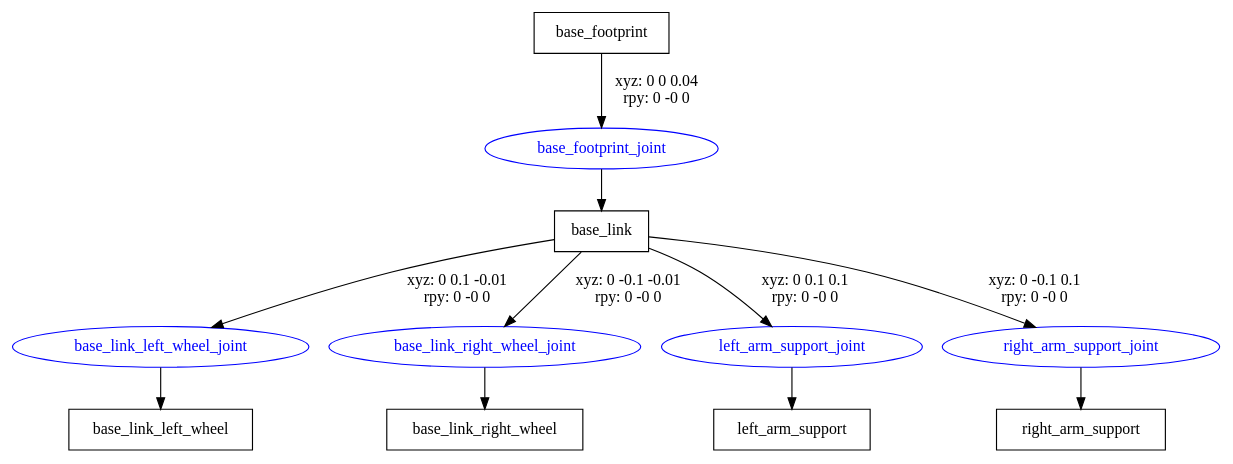
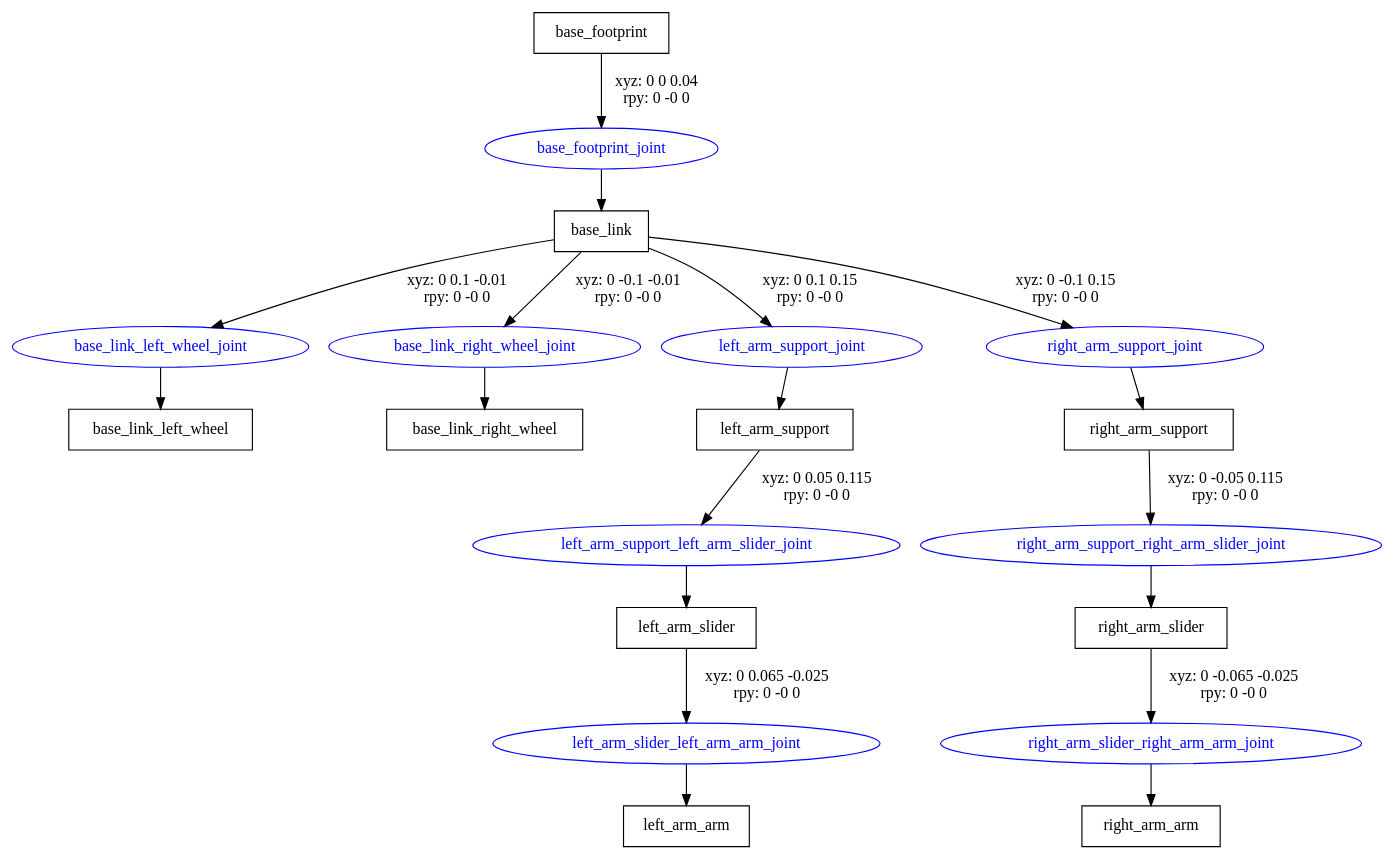
One commit to cvra/cvra_debra_ros changed the diagram in debra_description/urdf/debra.gv. Above: the diagram before and after it, drawn with Graphviz. The commit also changed 5 other files, not shown here.

Commit message:
Add arm link & shoulder joint

```diff
--- a/debra_description/urdf/debra.gv
+++ b/debra_description/urdf/debra.gv
@@ -1,20 +1,32 @@
 digraph G {
 node [shape=box];
 "base_footprint" [label="base_footprint"];
 "base_link" [label="base_link"];
 "base_link_left_wheel" [label="base_link_left_wheel"];
 "base_link_right_wheel" [label="base_link_right_wheel"];
 "left_arm_support" [label="left_arm_support"];
+"left_arm_slider" [label="left_arm_slider"];
+"left_arm_arm" [label="left_arm_arm"];
 "right_arm_support" [label="right_arm_support"];
+"right_arm_slider" [label="right_arm_slider"];
+"right_arm_arm" [label="right_arm_arm"];
 node [shape=ellipse, color=blue, fontcolor=blue];
 "base_footprint" -> "base_footprint_joint" [label="xyz: 0 0 0.04 \nrpy: 0 -0 0"]
 "base_footprint_joint" -> "base_link"
 "base_link" -> "base_link_left_wheel_joint" [label="xyz: 0 0.1 -0.01 \nrpy: 0 -0 0"]
 "base_link_left_wheel_joint" -> "base_link_left_wheel"
 "base_link" -> "base_link_right_wheel_joint" [label="xyz: 0 -0.1 -0.01 \nrpy: 0 -0 0"]
 "base_link_right_wheel_joint" -> "base_link_right_wheel"
-"base_link" -> "left_arm_support_joint" [label="xyz: 0 0.1 0.1 \nrpy: 0 -0 0"]
+"base_link" -> "left_arm_support_joint" [label="xyz: 0 0.1 0.15 \nrpy: 0 -0 0"]
 "left_arm_support_joint" -> "left_arm_support"
-"base_link" -> "right_arm_support_joint" [label="xyz: 0 -0.1 0.1 \nrpy: 0 -0 0"]
+"left_arm_support" -> "left_arm_support_left_arm_slider_joint" [label="xyz: 0 0.05 0.115 \nrpy: 0 -0 0"]
+"left_arm_support_left_arm_slider_joint" -> "left_arm_slider"
+"left_arm_slider" -> "left_arm_slider_left_arm_arm_joint" [label="xyz: 0 0.065 -0.025 \nrpy: 0 -0 0"]
+"left_arm_slider_left_arm_arm_joint" -> "left_arm_arm"
+"base_link" -> "right_arm_support_joint" [label="xyz: 0 -0.1 0.15 \nrpy: 0 -0 0"]
 "right_arm_support_joint" -> "right_arm_support"
+"right_arm_support" -> "right_arm_support_right_arm_slider_joint" [label="xyz: 0 -0.05 0.115 \nrpy: 0 -0 0"]
+"right_arm_support_right_arm_slider_joint" -> "right_arm_slider"
+"right_arm_slider" -> "right_arm_slider_right_arm_arm_joint" [label="xyz: 0 -0.065 -0.025 \nrpy: 0 -0 0"]
+"right_arm_slider_right_arm_arm_joint" -> "right_arm_arm"
 }
```
